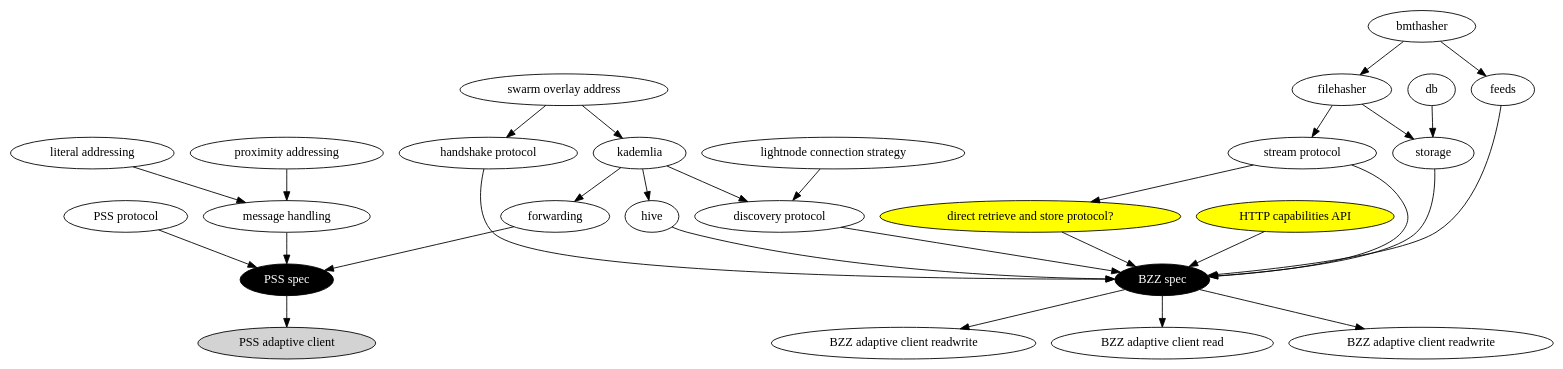
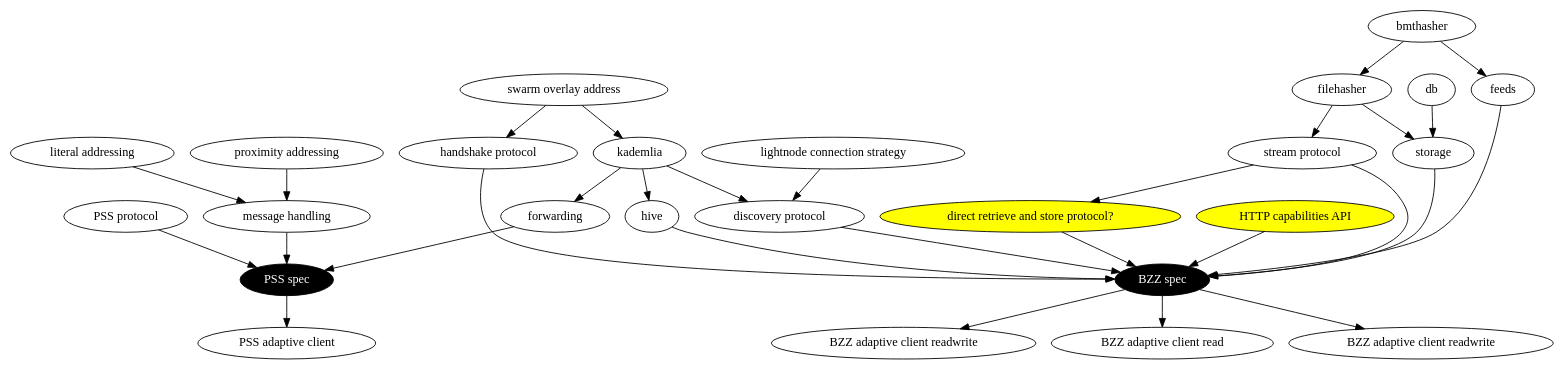
One commit to nolash/swarm-adaptive-node changed the diagram in specdep.dot. Above: the diagram before and after it, drawn with Graphviz. The commit also changed 1 other file, not shown here.

```diff
--- a/specdep.dot
+++ b/specdep.dot
@@ -1,42 +1,42 @@
 digraph{
 	PSS [label="PSS spec",style="filled",fillcolor="black",fontcolor="white"]
 	BZZ [label="BZZ spec",style="filled",fillcolor="black",fontcolor="white"]
 	lightextension [label="direct retrieve and store protocol?",style="filled",fillcolor="yellow"]
 	discovery [label="discovery protocol"]
 	handshake [label="handshake protocol"]
 	pssprotocol [label="PSS protocol"]
 	overlay [label="swarm overlay address"]
 	literaladdress [label="literal addressing"]
 	proxaddress [label="proximity addressing"]
 	psshandler [label="message handling"]
 	stream [label="stream protocol"]
 	lightdiscoverystrategy [label="lightnode connection strategy"]
 	bzzclientread [label="BZZ adaptive client read"]
 	bzzclientrw [label="BZZ adaptive client readwrite"]
 	bzzserver [label="BZZ adaptive client readwrite"]
-	pssclient [label="PSS adaptive client",style="filled"]
+	pssclient [label="PSS adaptive client"]
 	httpcap [label="HTTP capabilities API",style="filled",fillcolor="yellow"]
 	
 	overlay -> kademlia
 	overlay -> handshake
 
 	kademlia -> forwarding -> PSS
 	pssprotocol -> PSS
 	{literaladdress, proxaddress} -> psshandler -> PSS
 
 	handshake -> BZZ
 	lightdiscoverystrategy -> discovery
 	kademlia -> discovery -> BZZ
 	kademlia -> hive -> BZZ
 	bmthasher -> filehasher
 	{filehasher, db} -> storage
 	filehasher -> stream
 	stream -> lightextension
 	{storage, stream, lightextension, httpcap} -> BZZ
 	bmthasher -> feeds -> BZZ
 
 	BZZ -> bzzclientread
 	BZZ -> bzzclientrw
 	BZZ -> bzzserver
 	PSS -> pssclient
 }
```
